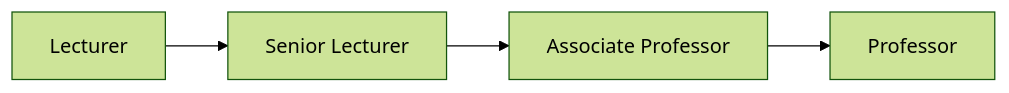
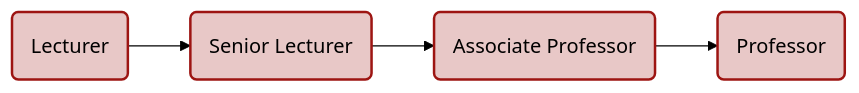
Before and after one commit to paytonrodman/paytonrodman.github.io: the first of 3 diagrams in content/resource/grad-FAQ/before/research.md, drawn with Mermaid (forest theme). The commit also changed other lines of this file, not shown here.

````diff
--- a/content/resource/grad-FAQ/before/research.md
+++ b/content/resource/grad-FAQ/before/research.md
@@ -104,6 +104,8 @@
 ```mermaid
 graph LR;
-  A[Lecturer]-->B[Senior Lecturer];
-  B[Senior Lecturer]-->C[Associate Professor];
-  C[Associate Professor]-->D[Professor];
+  A(Lecturer)-->B(Senior Lecturer);
+  B(Senior Lecturer)-->C(Associate Professor);
+  C(Associate Professor)-->D(Professor);
+  classDef website fill:#e8c8c7,stroke:#9d1512,stroke-width:2px
+  class A,B,C,D website
 ```
````
